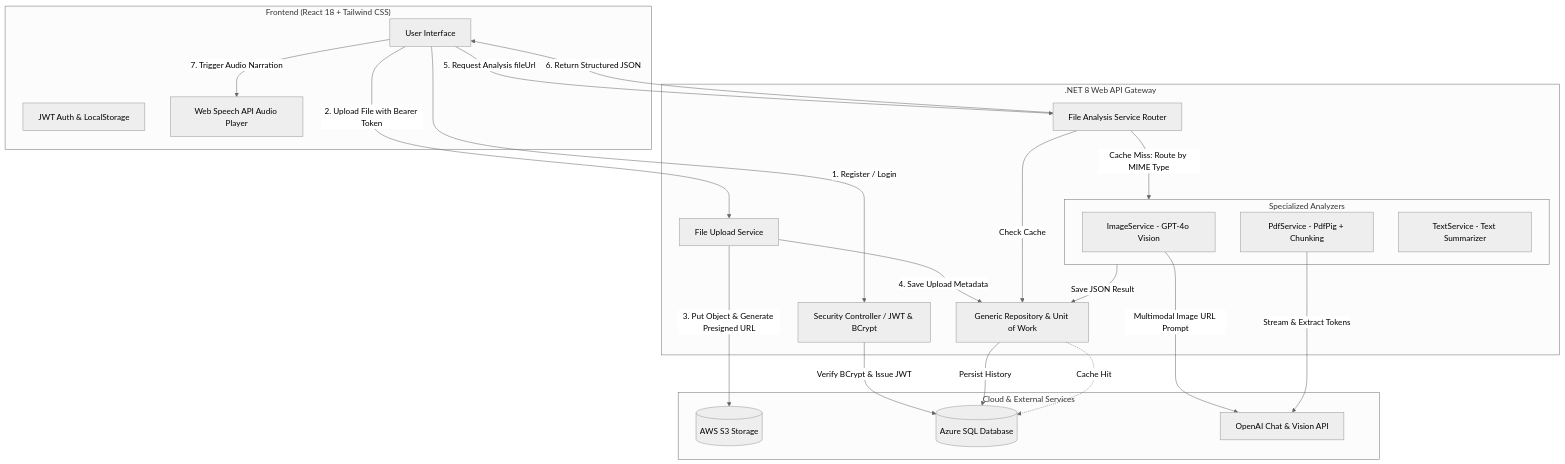
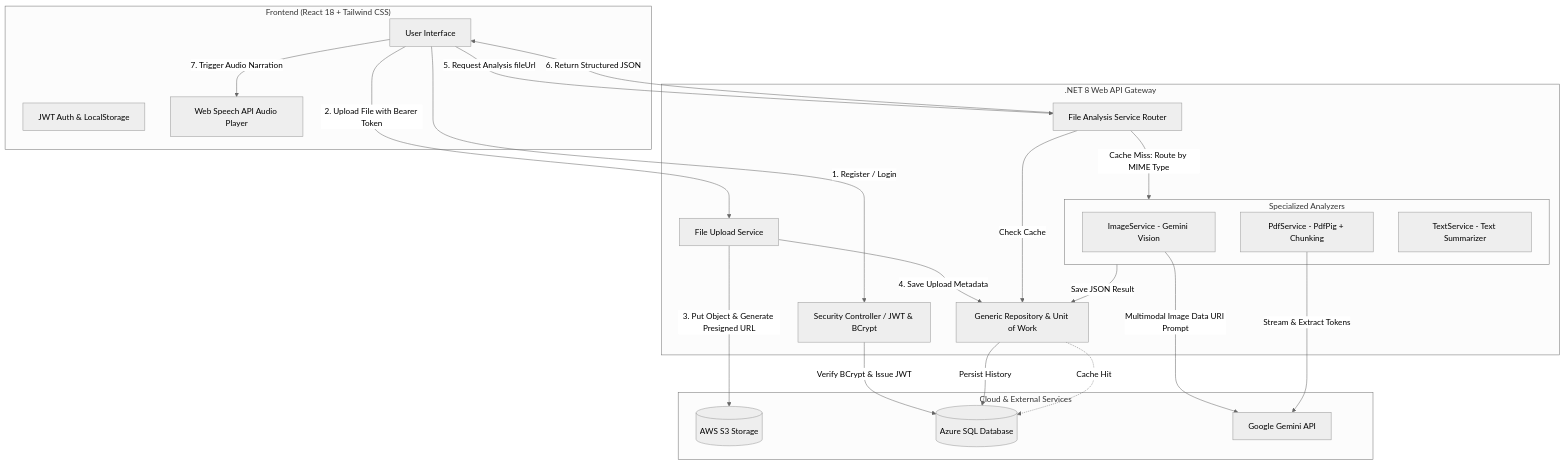
The diagram in README.md (BradshawAsher/aws-file-analyzer), drawn with Mermaid (neutral theme) before and after one commit. The commit also changed other lines of this file and 11 other files, not shown here.

Commit message:
feat(ai): migrate AI summarization and multimodal vision provider from OpenAI to Google Gemini

````diff
--- a/README.md
+++ b/README.md
@@ -28,45 +27,45 @@
 ```mermaid
 flowchart TD
     subgraph Client ["Frontend (React 18 + Tailwind CSS)"]
         UI[User Interface]
         Auth[JWT Auth & LocalStorage]
         Voice[Web Speech API Audio Player]
     end
 
     subgraph Backend [".NET 8 Web API Gateway"]
         Security[Security Controller / JWT & BCrypt]
         UploadService[File Upload Service]
         AnalysisService[File Analysis Service Router]
         
         subgraph SpecializedServices ["Specialized Analyzers"]
-            ImageSvc[ImageService - GPT-4o Vision]
+            ImageSvc[ImageService - Gemini Vision]
             PdfSvc[PdfService - PdfPig + Chunking]
             TextSvc[TextService - Text Summarizer]
         end
         
         Repo[Generic Repository & Unit of Work]
     end
 
     subgraph Cloud ["Cloud & External Services"]
         S3[(AWS S3 Storage)]
         AzureSQL[(Azure SQL Database)]
-        OpenAI[OpenAI Chat & Vision API]
+        Gemini[Google Gemini API]
     end
 
     UI -->|1. Register / Login| Security
     Security -->|Verify BCrypt & Issue JWT| AzureSQL
     UI -->|2. Upload File with Bearer Token| UploadService
     UploadService -->|3. Put Object & Generate Presigned URL| S3
     UploadService -->|4. Save Upload Metadata| Repo
     Repo -->|Persist History| AzureSQL
 
     UI -->|5. Request Analysis fileUrl| AnalysisService
     AnalysisService -->|Check Cache| Repo
     Repo -.->|Cache Hit| AzureSQL
     AnalysisService -->|Cache Miss: Route by MIME Type| SpecializedServices
-    ImageSvc -->|Multimodal Image URL Prompt| OpenAI
-    PdfSvc -->|Stream & Extract Tokens| OpenAI
+    ImageSvc -->|Multimodal Image Data URI Prompt| Gemini
+    PdfSvc -->|Stream & Extract Tokens| Gemini
     SpecializedServices -->|Save JSON Result| Repo
     AnalysisService -->|6. Return Structured JSON| UI
     UI -->|7. Trigger Audio Narration| Voice
 ```
````
